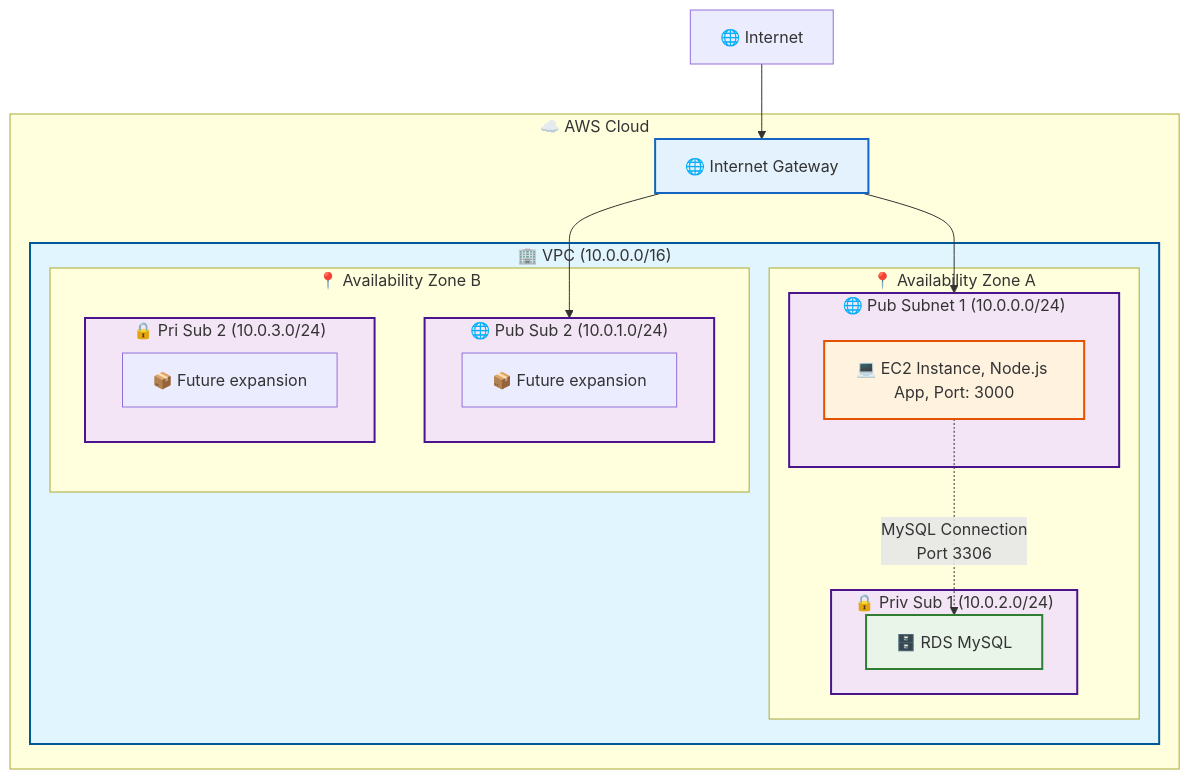
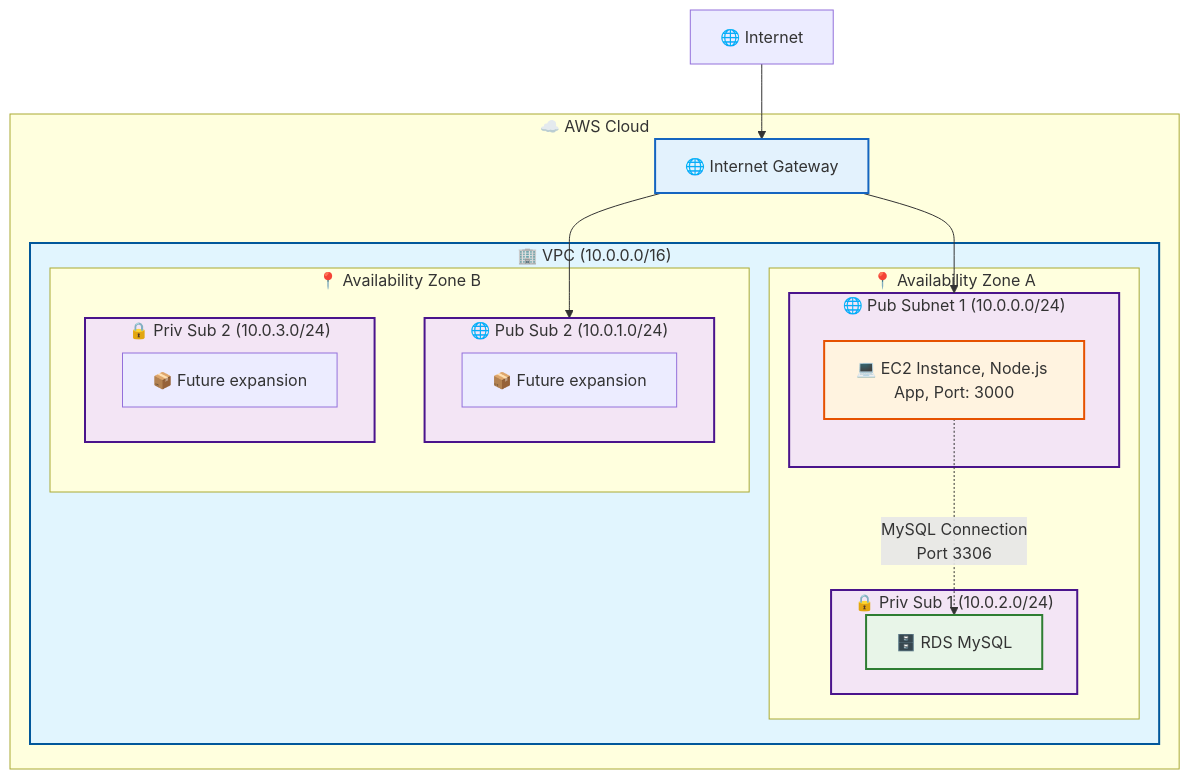
Before and after one commit to haw/aws-education-hands-on: the diagram in day3/db-lab/cloudformation/system-architecture.md, drawn with Mermaid. The commit also changed 1 other file, not shown here.

Commit message:
docs(day3, day4): Day3 システム構成図の更新と Day4 HA システム構成図の追加

````diff
--- a/day3/db-lab/cloudformation/system-architecture.md
+++ b/day3/db-lab/cloudformation/system-architecture.md
@@ -7,61 +7,61 @@
 ```mermaid
 graph TB
     %% Internet
     Internet[🌐 Internet]
     
     %% AWS Cloud
     subgraph AWS["☁️ AWS Cloud"]
         %% Internet Gateway
         IGW[🌐 Internet Gateway]
         
         %% VPC
         subgraph VPC["🏢 VPC (10.0.0.0/16)"]
             %% Availability Zone A
             subgraph AZ_A["📍 Availability Zone A"]
                 %% Public Subnet 1
                 subgraph PubSub1["🌐 Pub Subnet 1 (10.0.0.0/24)"]
                     EC2[💻 EC2 Instance, Node.js App, Port: 3000]
                 end
                 
                 %% Private Subnet 1
                 subgraph PrivSub1["🔒 Priv Sub 1 (10.0.2.0/24)"]
                     RDS_A[🗄️ RDS MySQL]
                 end
             end
             
             %% Availability Zone B
             subgraph AZ_B["📍 Availability Zone B"]
                 %% Public Subnet 2
                 subgraph PubSub2["🌐 Pub Sub 2 (10.0.1.0/24)"]
                     Empty_Pub[📦 Future expansion]
                 end
                 
                 %% Private Subnet 2
-                subgraph PrivSub2["🔒 Pri Sub 2 (10.0.3.0/24)"]
+                subgraph PrivSub2["🔒 Priv Sub 2 (10.0.3.0/24)"]
                     Empty_Priv[📦 Future expansion]
                 end
             end
         end
     end
     
     %% Connections
     Internet --> IGW
     IGW --> PubSub1
     IGW --> PubSub2
     
     %% EC2 to RDS connection
     EC2 -.->|MySQL Connection<br/>Port 3306| RDS_A
     
     %% Styling
     classDef vpc fill:#e1f5fe,stroke:#01579b,stroke-width:2px
     classDef subnet fill:#f3e5f5,stroke:#4a148c,stroke-width:2px
     classDef ec2 fill:#fff3e0,stroke:#e65100,stroke-width:2px
     classDef rds fill:#e8f5e8,stroke:#2e7d32,stroke-width:2px
     classDef igw fill:#e3f2fd,stroke:#1565c0,stroke-width:2px
     
     class VPC vpc
     class PubSub1,PubSub2,PrivSub1,PrivSub2 subnet
     class EC2 ec2
     class RDS_A rds
     class IGW igw
 ```
````
